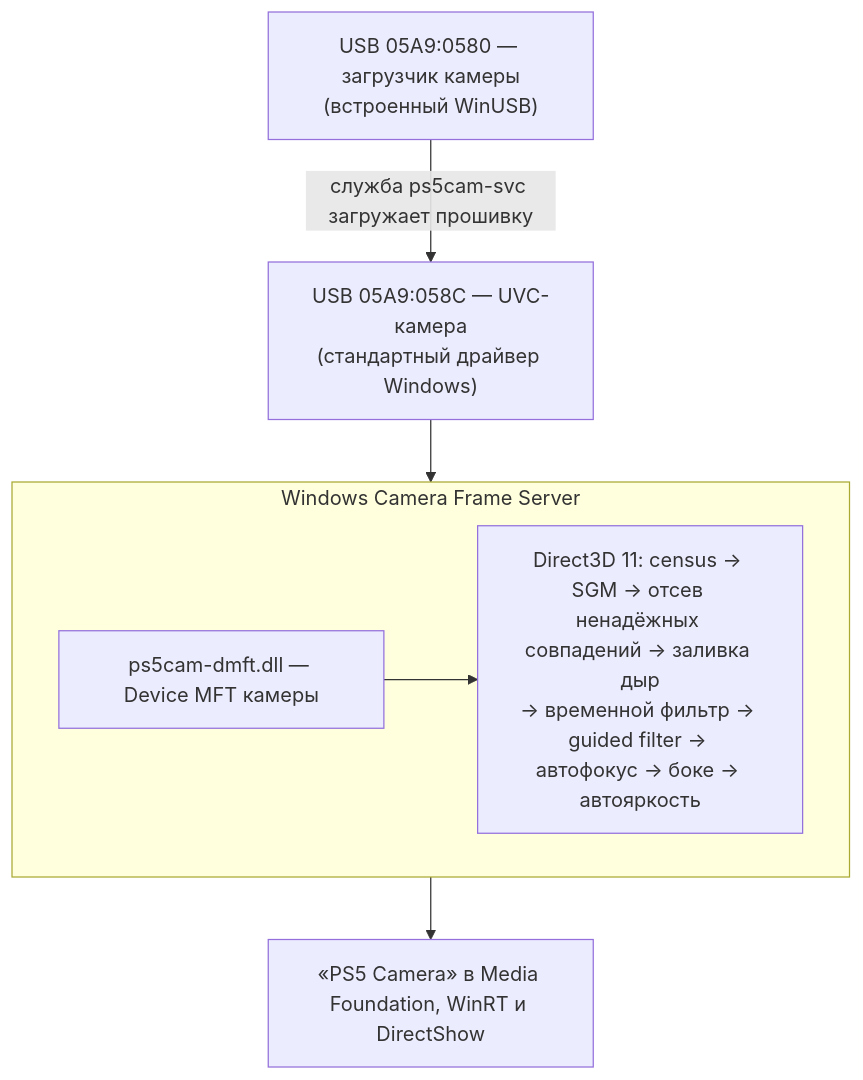
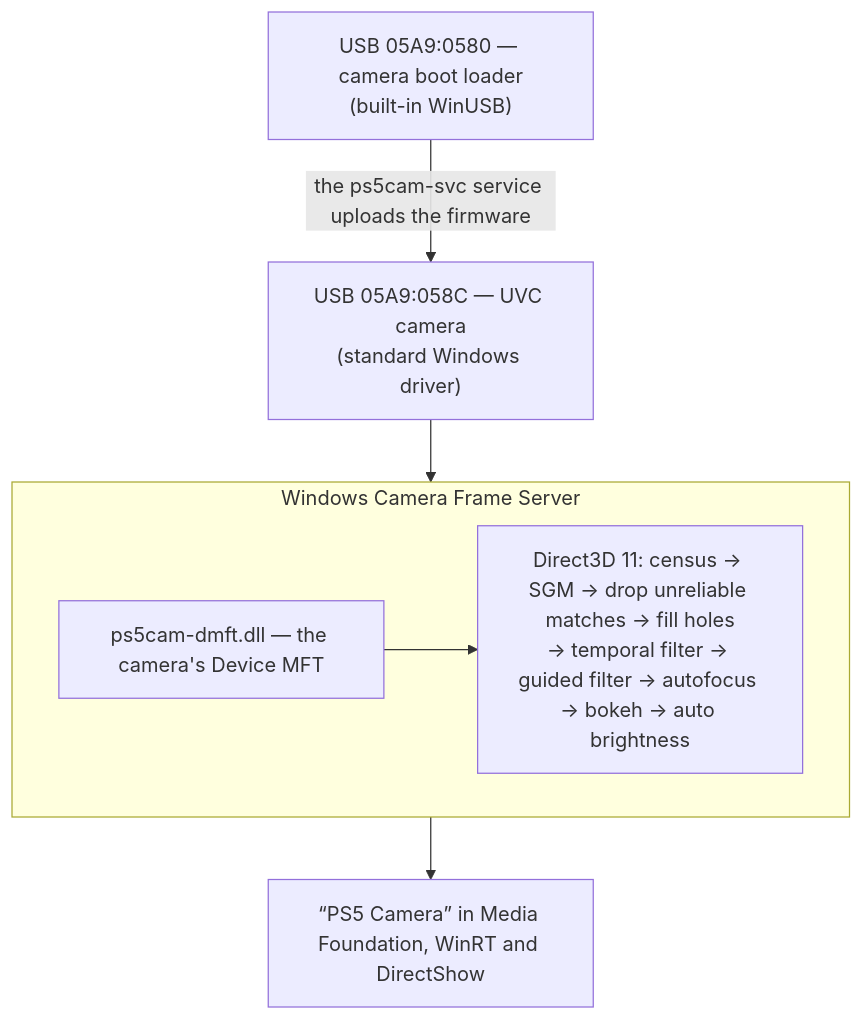
The diagram in README.md (KROU4/PS5CameraDriver), drawn with Mermaid before and after one commit. The commit also changed other lines of this file and 22 other files, not shown here.

````diff
--- a/README.md
+++ b/README.md
@@ -68,11 +73,11 @@
 ```mermaid
 flowchart TB
-    boot["USB 05A9:0580 — загрузчик камеры<br/>(встроенный WinUSB)"] -->|"служба ps5cam-svc загружает прошивку"| uvc
-    uvc["USB 05A9:058C — UVC-камера<br/>(стандартный драйвер Windows)"] --> fs
+    boot["USB 05A9:0580 — camera boot loader<br/>(built-in WinUSB)"] -->|"the ps5cam-svc service uploads the firmware"| uvc
+    uvc["USB 05A9:058C — UVC camera<br/>(standard Windows driver)"] --> fs
     subgraph fs["Windows Camera Frame Server"]
-        dmft["ps5cam-dmft.dll — Device MFT камеры"]
-        gpu["Direct3D 11: census → SGM → отсев ненадёжных совпадений → заливка дыр<br/>→ временной фильтр → guided filter → автофокус → боке → автояркость"]
+        dmft["ps5cam-dmft.dll — the camera's Device MFT"]
+        gpu["Direct3D 11: census → SGM → drop unreliable matches → fill holes<br/>→ temporal filter → guided filter → autofocus → bokeh → auto brightness"]
         dmft --> gpu
     end
-    fs --> apps["«PS5 Camera» в Media Foundation, WinRT и DirectShow"]
+    fs --> apps["“PS5 Camera” in Media Foundation, WinRT and DirectShow"]
 ```
````
